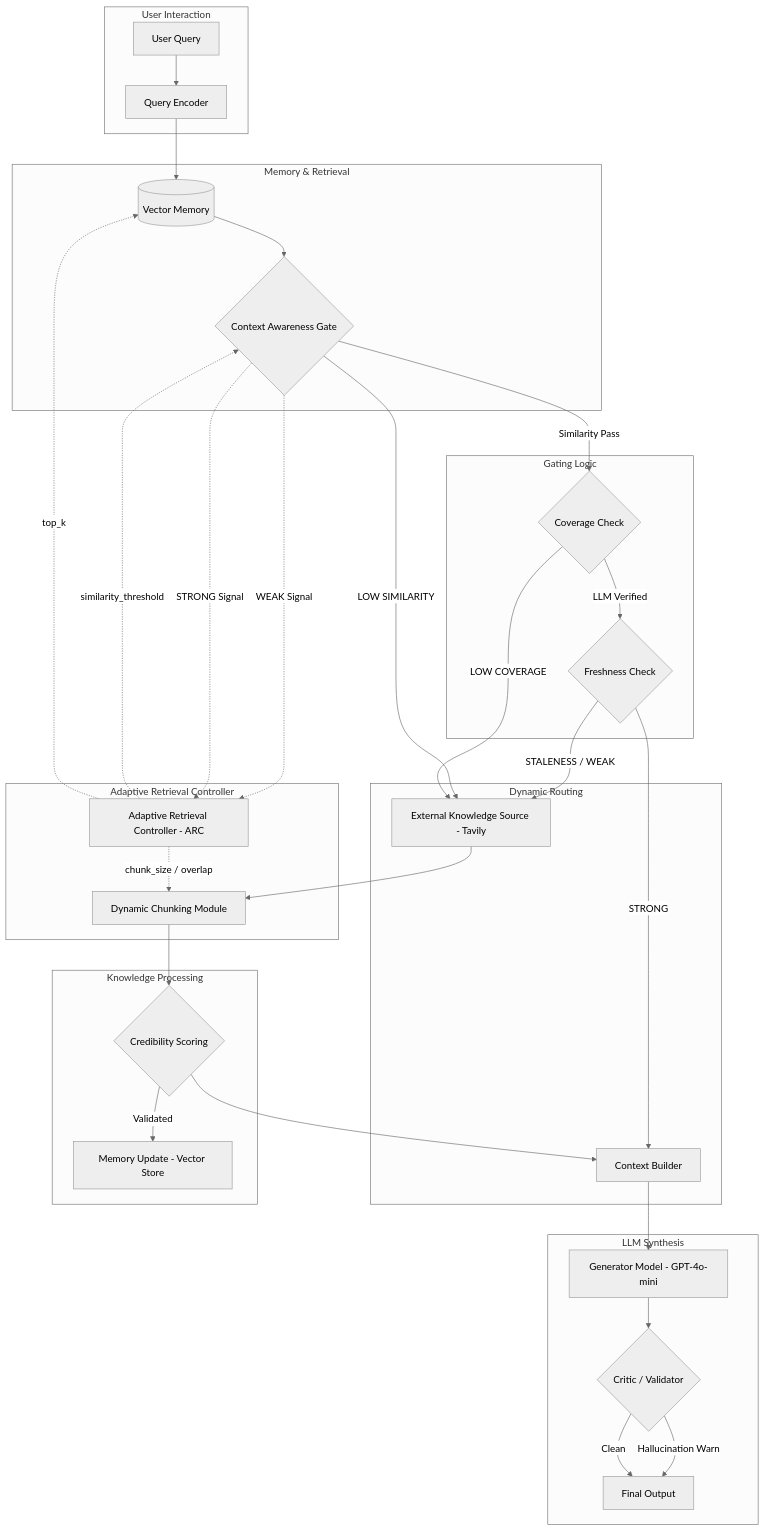
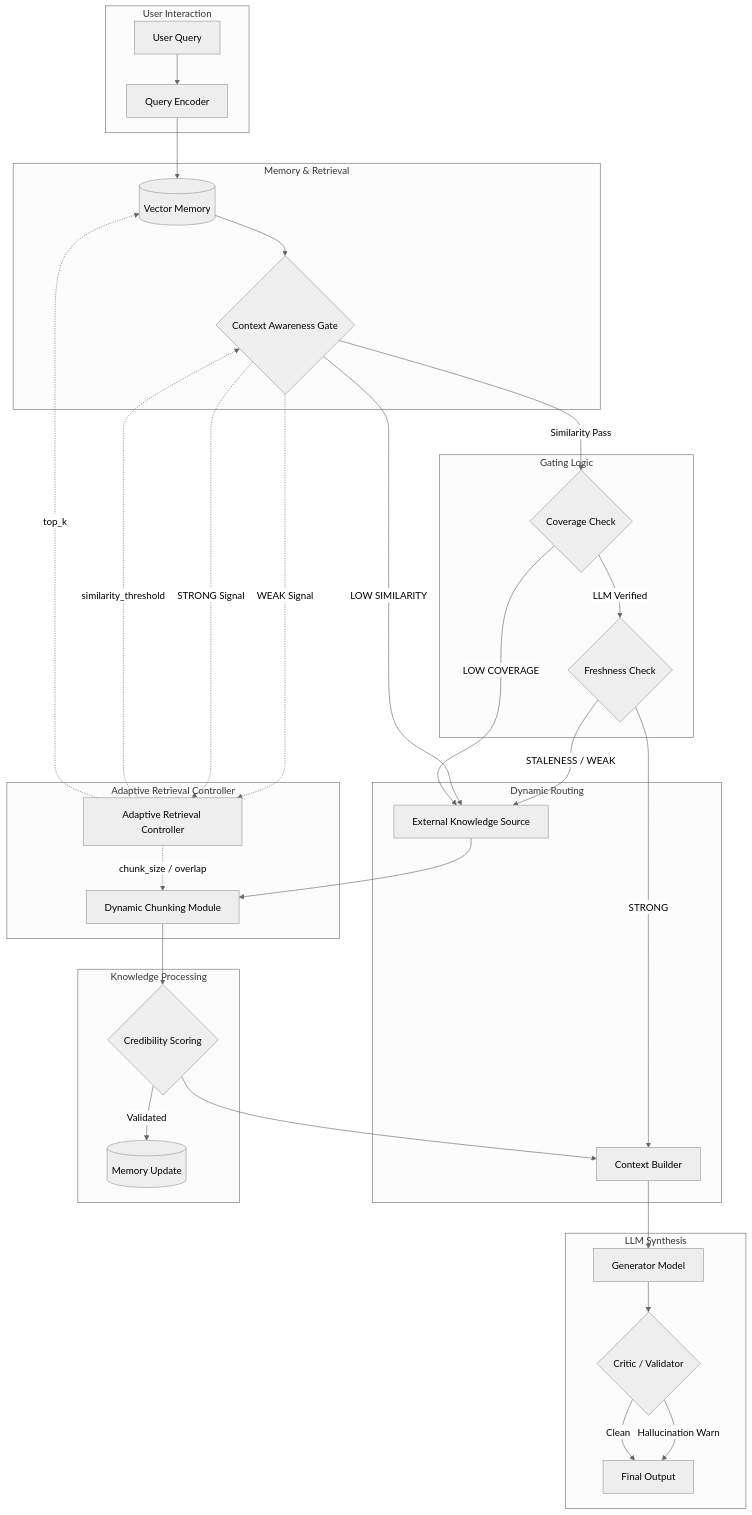
Before and after one commit to GourabDutta-22/ACARA: the diagram in ARCHITECTURE.md, drawn with Mermaid (neutral theme).

Commit message:
Update ARCHITECTURE.mdUpdate of architecture

````diff
--- a/ARCHITECTURE.md
+++ b/ARCHITECTURE.md
@@ -7,49 +7,49 @@
 ```mermaid
 graph TD
     subgraph User Interaction
         User[User Query] --> QE[Query Encoder]
     end
 
     subgraph Memory & Retrieval
         QE --> VM[(Vector Memory)]
         VM --> CAG{Context Awareness Gate}
     end
 
     subgraph Adaptive Retrieval Controller
-        ARC[Adaptive Retrieval Controller - ARC]
+        ARC[Adaptive Retrieval Controller]
         ARC -.->|similarity_threshold| CAG
         ARC -.->|top_k| VM
         ARC -.->|chunk_size / overlap| DCM
     end
 
     subgraph Gating Logic
         CAG -->|Similarity Pass| Cov{Coverage Check}
         Cov -->|LLM Verified| Fresh{Freshness Check}
     end
 
     subgraph Dynamic Routing
-        Fresh -->|STALENESS / WEAK| EKS[External Knowledge Source - Tavily]
+        Fresh -->|STALENESS / WEAK| EKS[External Knowledge Source]
         CAG -->|LOW SIMILARITY| EKS
         Cov -->|LOW COVERAGE| EKS
         
         Fresh -->|STRONG| CB[Context Builder]
     end
 
     subgraph Knowledge Processing
         EKS --> DCM[Dynamic Chunking Module]
         DCM --> Cred{Credibility Scoring}
-        Cred -->|Validated| MU[Memory Update - Vector Store]
+        Cred -->|Validated| MU[(Memory Update)]
         Cred --> CB
     end
 
     subgraph LLM Synthesis
-        CB --> GEN[Generator Model - GPT-4o-mini]
+        CB --> GEN[Generator Model]
         GEN --> VAL{Critic / Validator}
         VAL -->|Hallucination Warn| FO[Final Output]
         VAL -->|Clean| FO
     end
 
     %% Feedback loop
     CAG -.->|WEAK Signal| ARC
     CAG -.->|STRONG Signal| ARC
 ```
````
